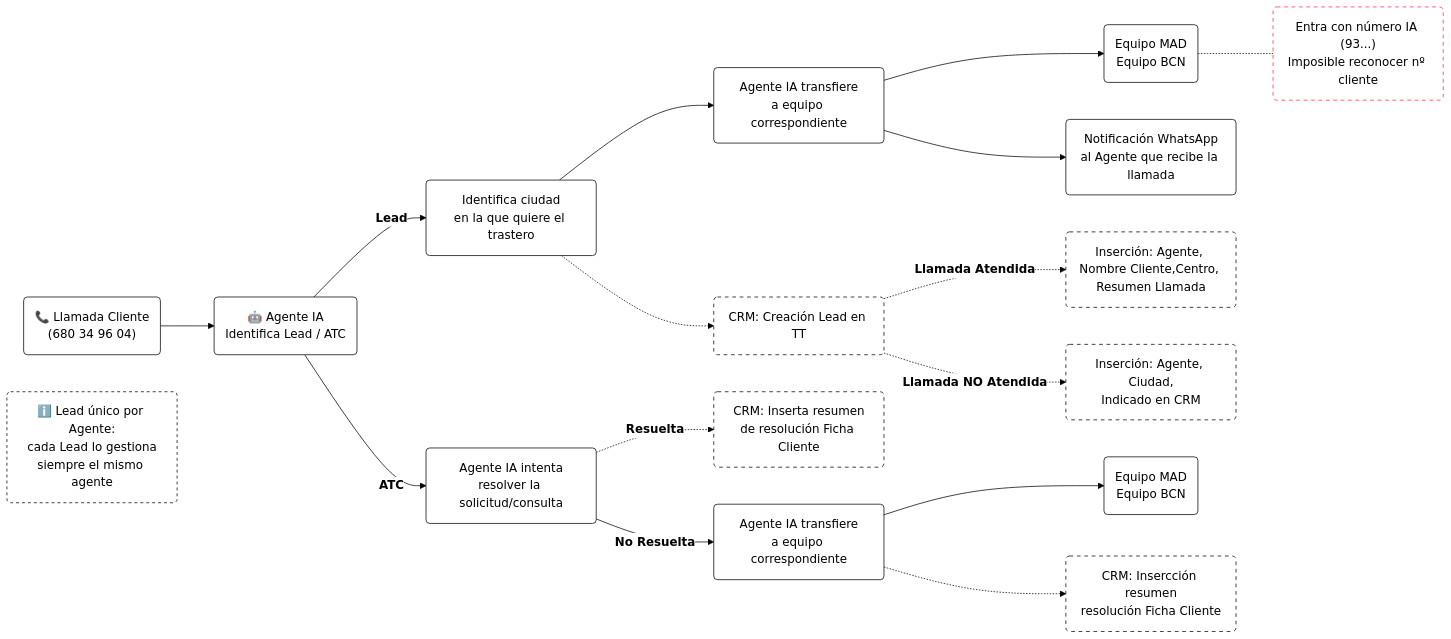
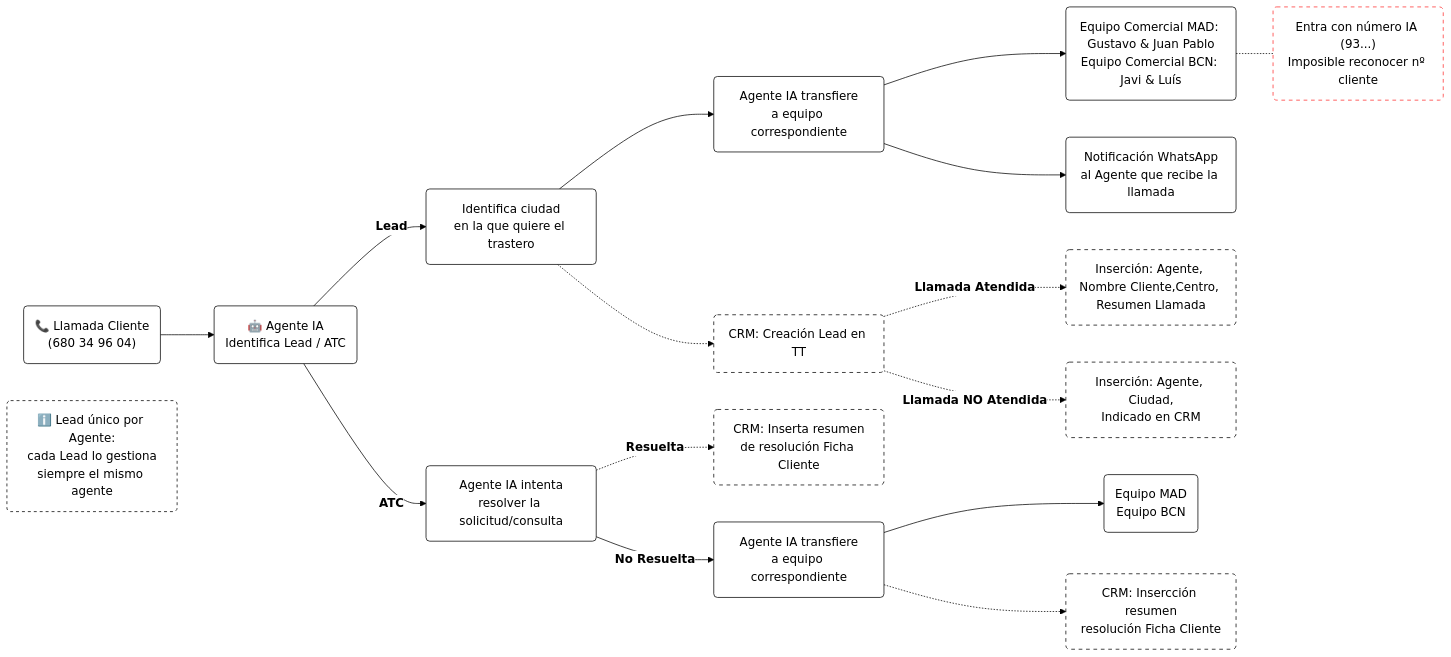
Before and after one commit to Fblanchete/Agente-IA: the diagram in flujo_en_horario (1).md, drawn with Mermaid.

Commit message:
Update flujo_en_horario (1).md

````diff
--- a/flujo_en_horario (1).md
+++ b/flujo_en_horario (1).md
@@ -3,35 +3,35 @@
 ```mermaid
 %%{init: {'theme': 'base', 'themeVariables': { 'fontFamily': 'Arial', 'background': '#FFFFFF', 'primaryColor': '#FFFFFF', 'primaryBorderColor': '#000000', 'primaryTextColor': '#000000', 'lineColor': '#000000', 'secondaryColor': '#FFFFFF', 'tertiaryColor': '#FFFFFF'}}}%%
 flowchart LR
     A1("📞 Llamada Cliente<br/>(680 34 96 04)") --> A2("🤖 Agente IA<br/>Identifica Lead / ATC")
 
     A2 -->|"`**Lead**`"| L1("Identifica ciudad<br/>en la que quiere el trastero")
     L1 --> L2("Agente IA transfiere<br/>a equipo correspondiente")
     L1 -.-> CRM1("CRM: Creación Lead en TT")
     L4 -.- L3("Entra con número IA (93...)<br/>Imposible reconocer nº cliente")
-    L2 --> L4("Equipo MAD<br/>Equipo BCN")
+    L2 --> L4("Equipo Comercial MAD: Gustavo & Juan Pablo<br/>Equipo Comercial BCN: Javi & Luís")
     L2 --> L5("Notificación WhatsApp<br/>al Agente que recibe la llamada")
     CRM1 -.-> |"`**Llamada Atendida**`"| LA("Inserción: Agente, Nombre Cliente,Centro, Resumen Llamada")
     CRM1 -.-> |"`**Llamada NO Atendida**`"| LNA("Inserción: Agente, Ciudad,<br/>Indicado en CRM")
 
     A2 -->|"`**ATC**`"| T1("Agente IA intenta<br/>resolver la solicitud/consulta")
     T1 -.->|"`**Resuelta**`"| CRM2("CRM: Inserta resumen<br/>de resolución Ficha Cliente")
     T1 -->|"`**No Resuelta**`"| T2("Agente IA transfiere<br/>a equipo correspondiente")
     T2 --> T3("Equipo MAD<br/>Equipo BCN")
     T2 -.-> CRM3("CRM: Insercción resumen<br/>resolución Ficha Cliente")
   
 
     N0("ℹ️ Lead único por Agente:<br/>cada Lead lo gestiona<br/>siempre el mismo agente")
 
 
     classDef todos fill:#FFFFFF,stroke:#000000,color:#000000
     classDef nota fill:#FFFFFF,stroke:#000000,color:#000000,stroke-dasharray: 4 4
     classDef comment fill:#FFFFFF,stroke:#FF2C2C,color:#000000,stroke-dasharray: 5 5
     classDef CRM fill:#FFFFFF,stroke:#000000,color:#000000,stroke-dasharray: 5 5
     class A1,A2,L1,L2,L4,L5,T1,T2,T3 todos
     class N0 nota
     class L3 comment
     class CRM1,LA,LNA,CRM3,CRM2 CRM
    
 
 ```
````
